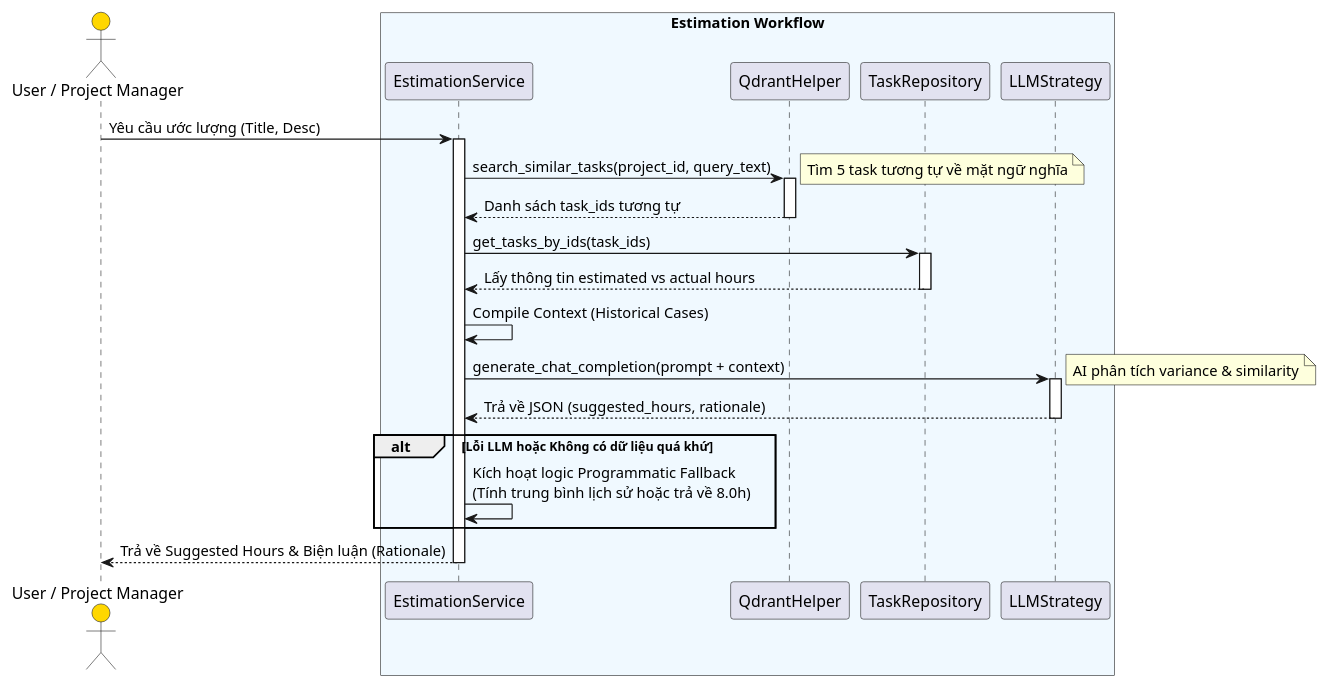
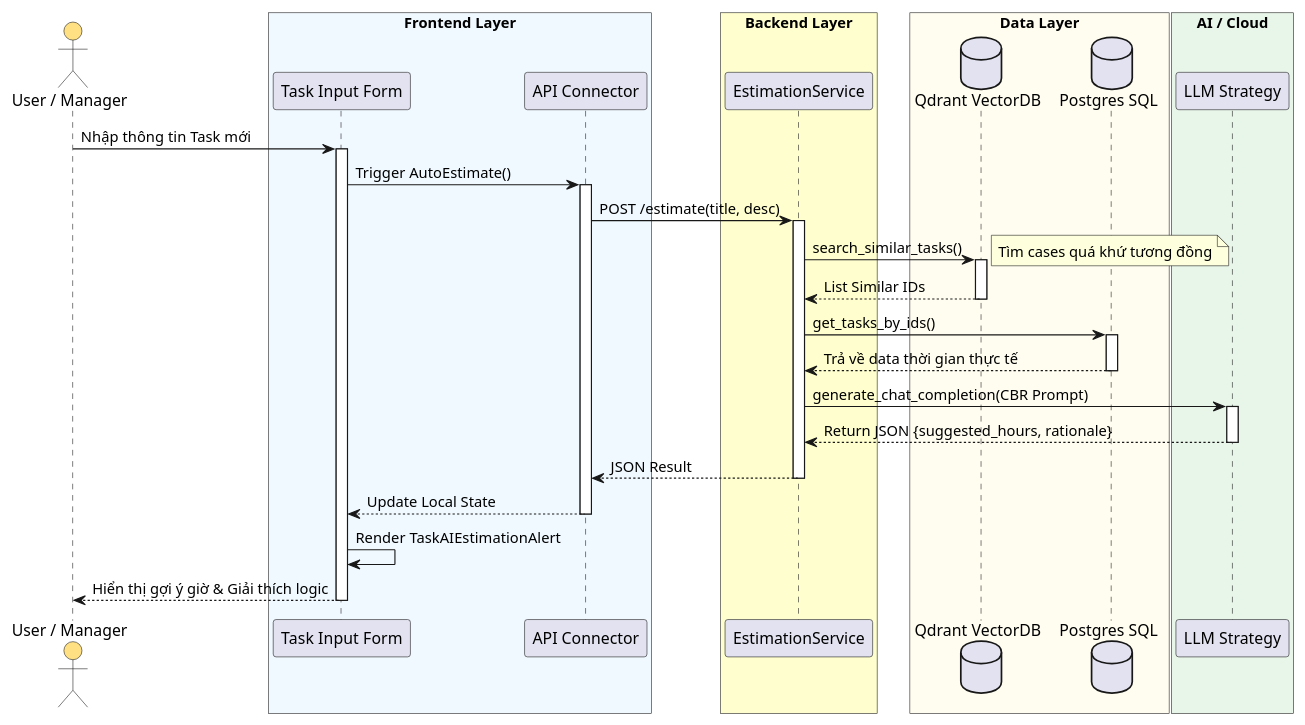
Before and after one commit to daFoggo/Agentick: the third of 5 diagrams in docs/04_ai_agent_services.md, drawn with PlantUML. The commit also changed other lines of this file and 133 other files, not shown here.

````diff
--- a/docs/04_ai_agent_services.md
+++ b/docs/04_ai_agent_services.md
@@ -163,41 +203,58 @@
 ```plantuml
 @startuml
-skinparam ActorBackgroundColor #FFD700
-actor "User / Project Manager" as PM
+skinparam shadowing false
+skinparam ActorBackgroundColor #FFE082
 
-box "Estimation Workflow" #F0F9FF
-    participant "EstimationService" as ES
-    participant "QdrantHelper" as QH
-    participant "TaskRepository" as TR
-    participant "LLMStrategy" as LLM
+actor "User / Manager" as USER
+
+box "Frontend Layer" #F0F9FF
+    participant "Task Input Form" as FE
+    participant "API Connector" as CONN
 end box
 
-PM -> ES : Yêu cầu ước lượng (Title, Desc)
+box "Backend Layer" #FEFECE
+    participant "EstimationService" as ES
+end box
+
+box "Data Layer" #FFFDF0
+    database "Qdrant VectorDB" as VEC
+    database "Postgres SQL" as DB
+end box
+
+box "AI / Cloud" #E8F5E9
+    participant "LLM Strategy" as LLM
+end box
+
+USER -> FE : Nhập thông tin Task mới
+activate FE
+FE -> CONN : Trigger AutoEstimate()
+activate CONN
+CONN -> ES : POST /estimate(title, desc)
 activate ES
 
-ES -> QH : search_similar_tasks(project_id, query_text)
-activate QH
-note right: Tìm 5 task tương tự về mặt ngữ nghĩa
-QH --> ES : Danh sách task_ids tương tự
-deactivate QH
+ES -> VEC : search_similar_tasks()
+activate VEC
+note right: Tìm cases quá khứ tương đồng
+VEC --> ES : List Similar IDs
+deactivate VEC
 
-ES -> TR : get_tasks_by_ids(task_ids)
-activate TR
-TR --> ES : Lấy thông tin estimated vs actual hours
-deactivate TR
+ES -> DB : get_tasks_by_ids()
+activate DB
+DB --> ES : Trả về data thời gian thực tế
+deactivate DB
 
-ES -> ES : Compile Context (Historical Cases)
-ES -> LLM : generate_chat_completion(prompt + context)
+ES -> LLM : generate_chat_completion(CBR Prompt)
 activate LLM
-note right: AI phân tích variance & similarity
-LLM --> ES : Trả về JSON (suggested_hours, rationale)
+LLM --> ES : Return JSON {suggested_hours, rationale}
 deactivate LLM
 
-alt Lỗi LLM hoặc Không có dữ liệu quá khứ
-    ES -> ES : Kích hoạt logic Programmatic Fallback\n(Tính trung bình lịch sử hoặc trả về 8.0h)
-end
+ES --> CONN : JSON Result
+deactivate ES
+CONN --> FE : Update Local State
+deactivate CONN
+FE -> FE : Render TaskAIEstimationAlert
+FE --> USER : Hiển thị gợi ý giờ & Giải thích logic
+deactivate FE
 
-ES --> PM : Trả về Suggested Hours & Biện luận (Rationale)
-deactivate ES
 @enduml
 ```
````
